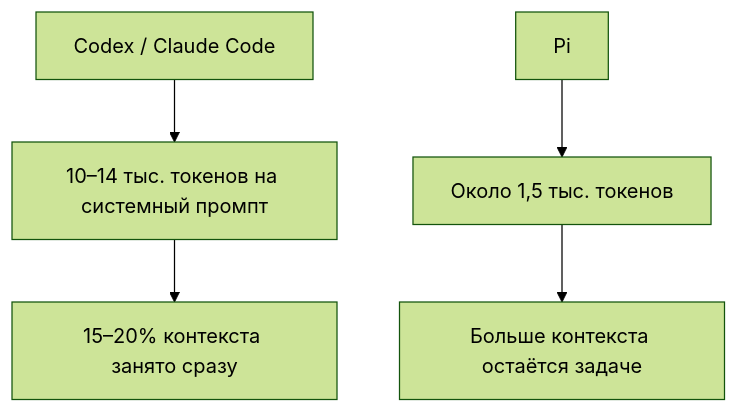
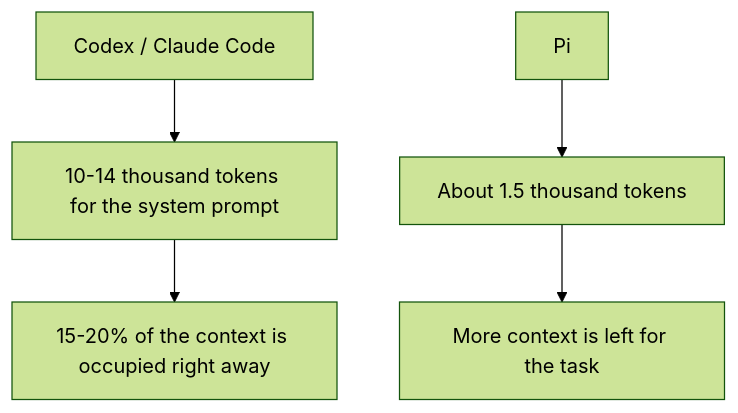
The third of 7 diagrams in article.en.md (evgenyigumnov/subtask4llm), drawn with Mermaid (forest theme) before and after one commit. The commit also changed other lines of this file, not shown here.

````diff
--- a/article.en.md
+++ b/article.en.md
@@ -59,7 +58,7 @@
 ```mermaid
 flowchart TB
-  large["Codex / Claude Code"] --> largePrompt["10–14 тыс. токенов на системный промпт"]
-  largePrompt --> contextShare["15–20% контекста занято сразу"]
-  pi["Pi"] --> piPrompt["Около 1,5 тыс. токенов"]
-  piPrompt --> spare["Больше контекста остаётся задаче"]
+  large["Codex / Claude Code"] --> largePrompt["10-14 thousand tokens for the system prompt"]
+  largePrompt --> contextShare["15-20% of the context is occupied right away"]
+  pi["Pi"] --> piPrompt["About 1.5 thousand tokens"]
+  piPrompt --> spare["More context is left for the task"]
 ```
````
